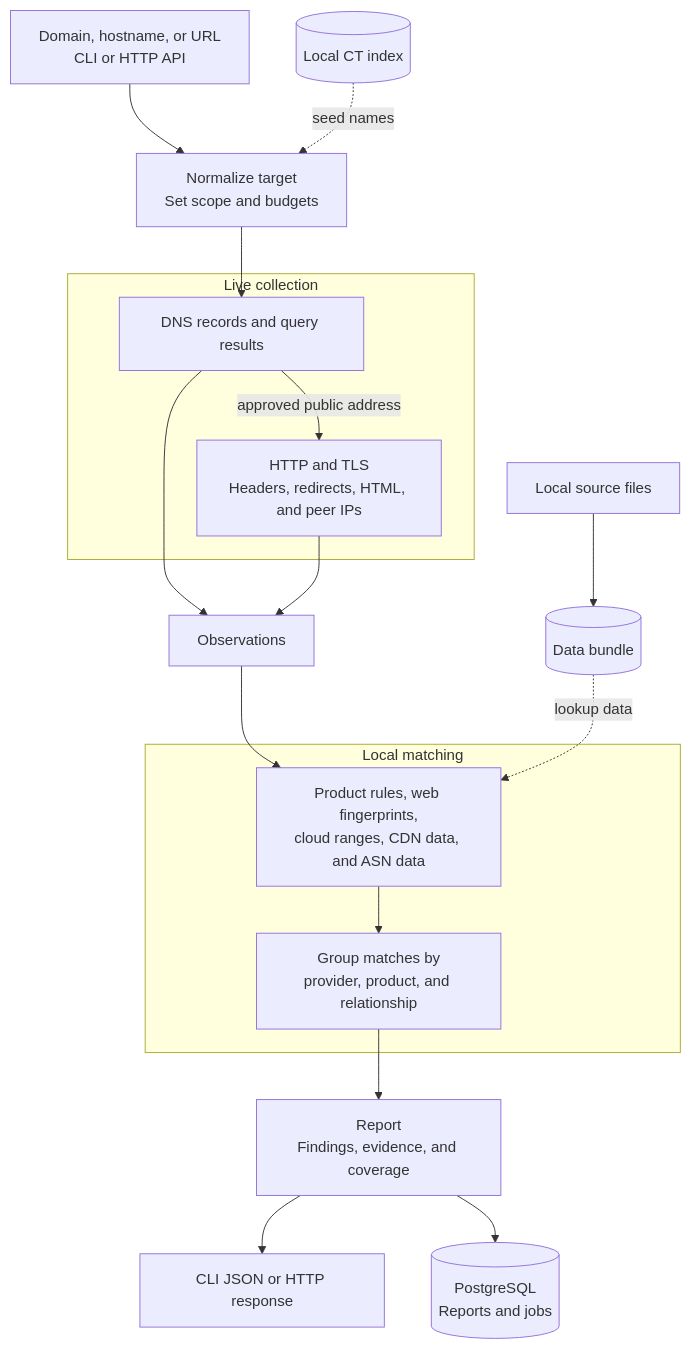
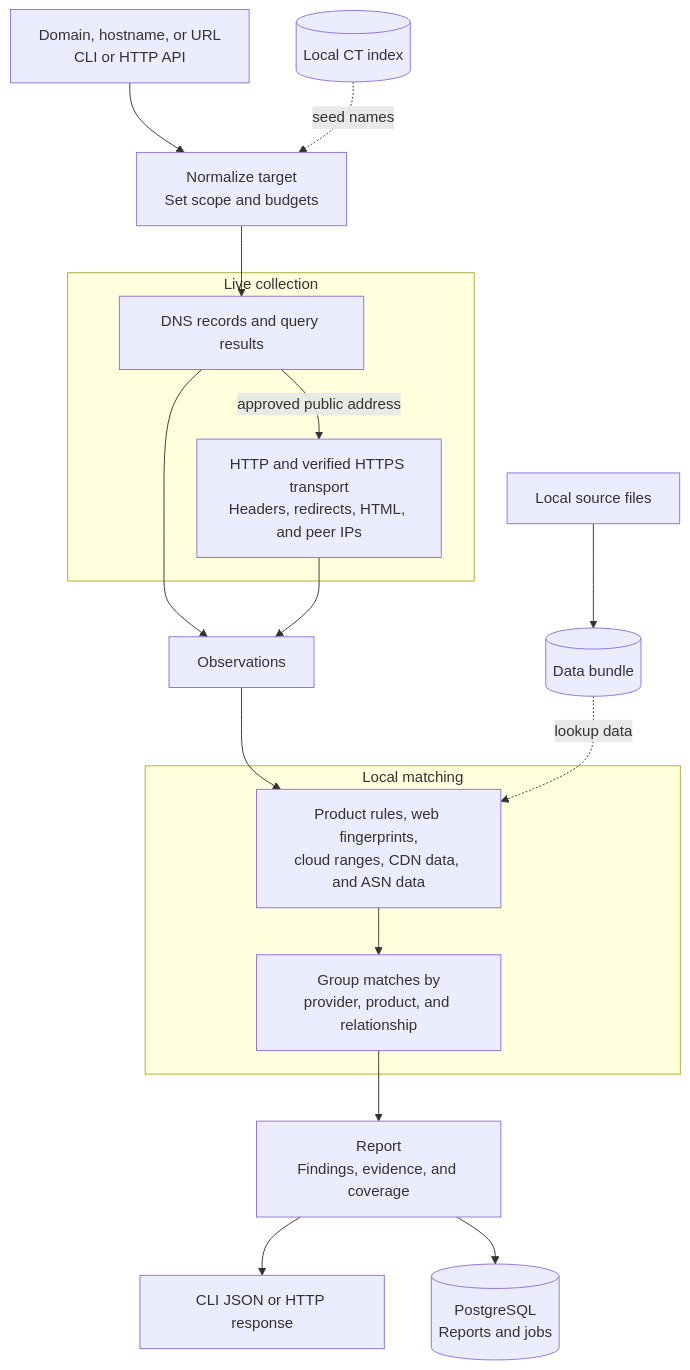
Before and after one commit to edgefloor/cloudattrib: the diagram in README.md, drawn with Mermaid. The commit also changed other lines of this file and 8 other files, not shown here.

````diff
--- a/README.md
+++ b/README.md
@@ -85,31 +85,31 @@
 ```mermaid
 flowchart TB
 	accTitle: Cloudattrib domain analysis
 	accDescr: DNS and HTTP collection produce observations. Local rules and datasets turn those observations into findings. The CLI or API returns the report, and service mode stores it in PostgreSQL.
 
 	input["Domain, hostname, or URL<br/>CLI or HTTP API"] --> plan["Normalize target<br/>Set scope and budgets"]
 	ct[("Local CT index")] -. "seed names" .-> plan
 
 	subgraph collection["Live collection"]
 		dns["DNS records and query results"]
-		http["HTTP and TLS<br/>Headers, redirects, HTML, and peer IPs"]
+		http["HTTP and verified HTTPS transport<br/>Headers, redirects, HTML, and peer IPs"]
 		dns -->|"approved public address"| http
 	end
 
 	plan --> dns
 	dns --> observations["Observations"]
 	http --> observations
 
 	subgraph local["Local matching"]
 		classify["Product rules, web fingerprints,<br/>cloud ranges, CDN data, and ASN data"]
 		aggregate["Group matches by<br/>provider, product, and relationship"]
 		classify --> aggregate
 	end
 
 	observations --> classify
 	sources["Local source files"] --> bundle[("Data bundle")]
 	bundle -. "lookup data" .-> classify
 	aggregate --> report["Report<br/>Findings, evidence, and coverage"]
 	report --> output["CLI JSON or HTTP response"]
 	report --> storage[("PostgreSQL<br/>Reports and jobs")]
 ```
````
